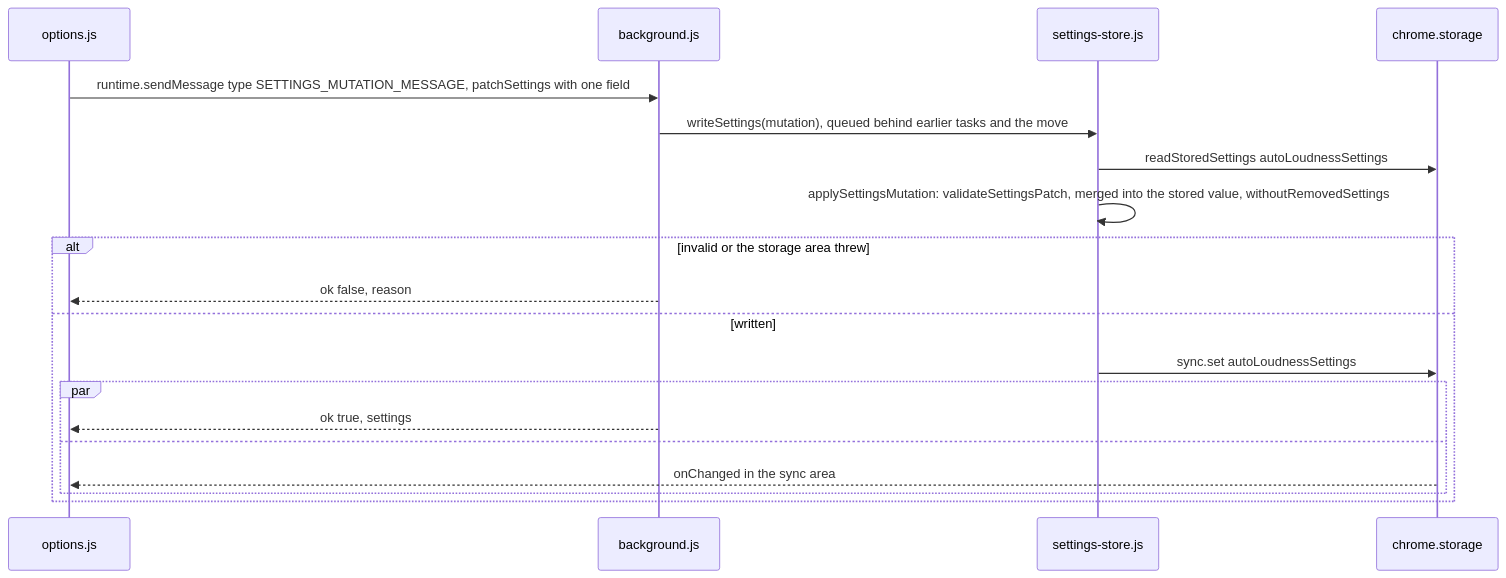
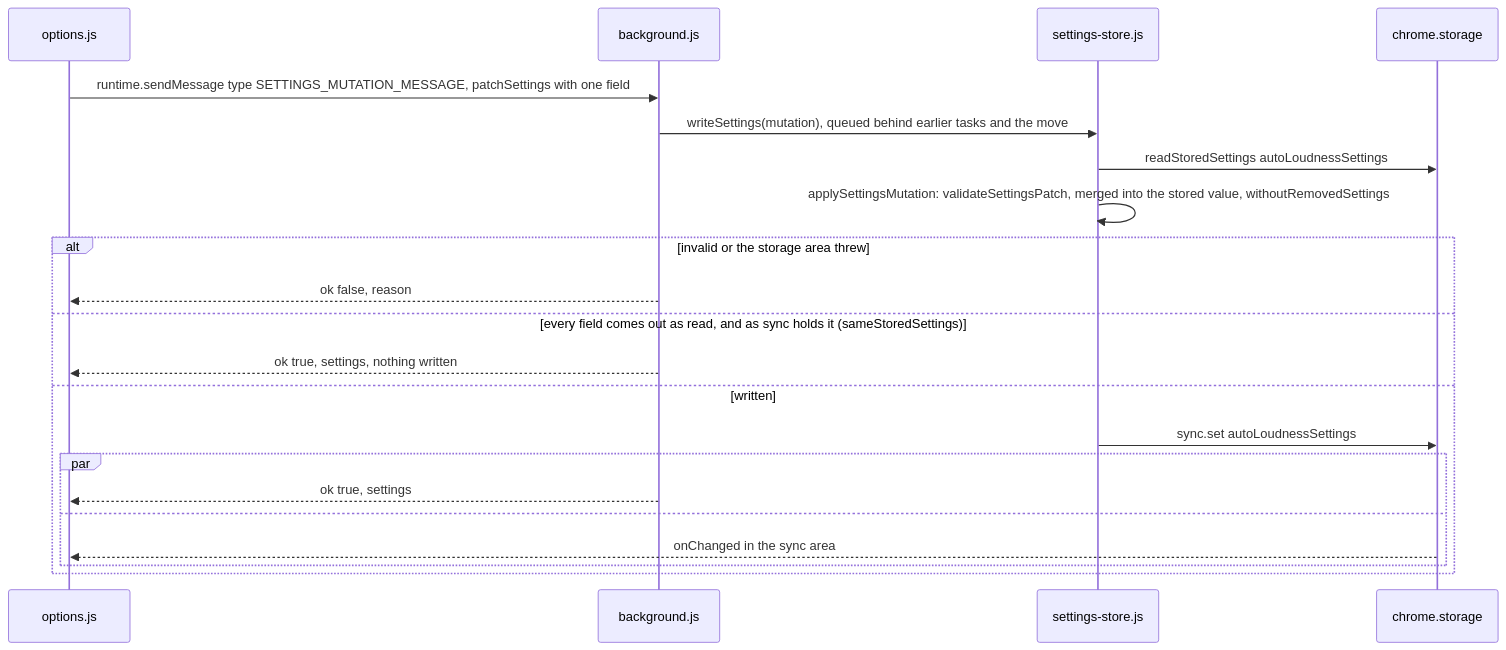
One commit to semnil/twitch-channel-volume changed the third of 17 diagrams in docs/gain-change-and-save.md. Above: the diagram before and after it, drawn with Mermaid. The commit also changed other lines of this file and 5 other files, not shown here.

````diff
--- a/docs/gain-change-and-save.md
+++ b/docs/gain-change-and-save.md
@@ -149,21 +151,23 @@
 ```mermaid
 sequenceDiagram
   participant options as options.js
   participant sw as background.js
   participant store as settings-store.js
   participant storage as chrome.storage
   options->>sw: runtime.sendMessage type SETTINGS_MUTATION_MESSAGE, patchSettings with one field
   sw->>store: writeSettings(mutation), queued behind earlier tasks and the move
   store->>storage: readStoredSettings autoLoudnessSettings
   store->>store: applySettingsMutation: validateSettingsPatch, merged into the stored value, withoutRemovedSettings
   alt invalid or the storage area threw
     sw-->>options: ok false, reason
+  else every field comes out as read, and as sync holds it (sameStoredSettings)
+    sw-->>options: ok true, settings, nothing written
   else written
     store->>storage: sync.set autoLoudnessSettings
     par
       sw-->>options: ok true, settings
     and
       storage-->>options: onChanged in the sync area
     end
   end
 ```
````
